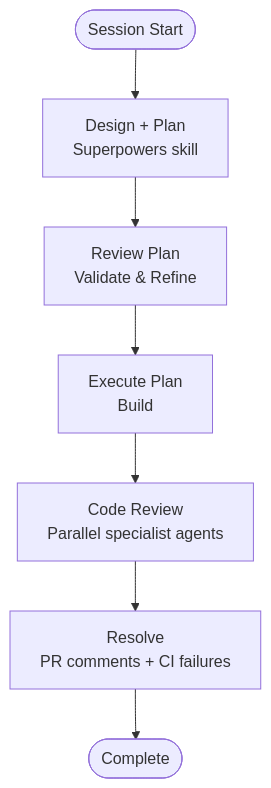
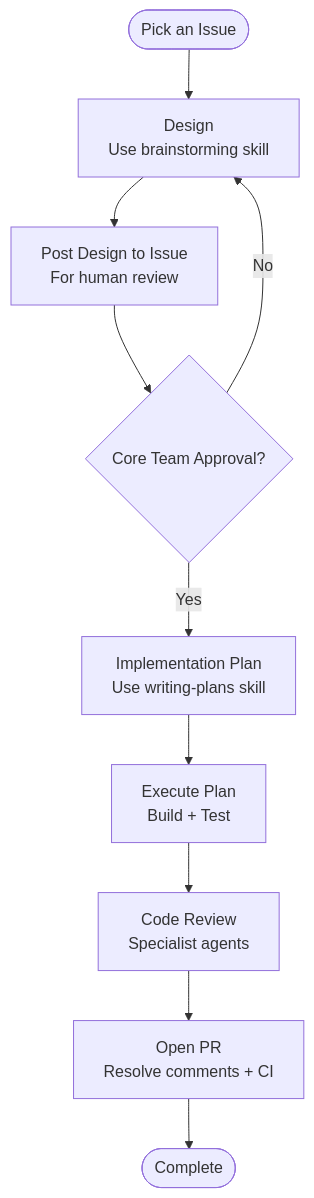
The diagram in docs/developer_guides/ai_development.md (dimagi/open-chat-studio), drawn with Mermaid before and after one commit. The commit also changed other lines of this file and 1 other file, not shown here.

First line of the commit message:
Update contributing docs with recommended agentic development flow

````diff
--- a/docs/developer_guides/ai_development.md
+++ b/docs/developer_guides/ai_development.md
@@ -11,9 +11,12 @@
 ```mermaid
 flowchart TD
-    A([Session Start]) --> B["Design + Plan<br/>Superpowers skill"]
-    B --> C["Review Plan<br/>Validate & Refine"]
-    C --> D["Execute Plan<br/>Build"]
-    D --> E["Code Review<br/>Parallel specialist agents"]
-    E --> F["Resolve<br/>PR comments + CI failures"]
-    F --> G([Complete])
+    A([Pick an Issue]) --> B["Design<br/>Use brainstorming skill"]
+    B --> C["Post Design to Issue<br/>For human review"]
+    C --> D{Core Team Approval?}
+    D -- No --> B
+    D -- Yes --> E["Implementation Plan<br/>Use writing-plans skill"]
+    E --> F["Execute Plan<br/>Build + Test"]
+    F --> G["Code Review<br/>Specialist agents"]
+    G --> H["Open PR<br/>Resolve comments + CI"]
+    H --> I([Complete])
 ```
````
